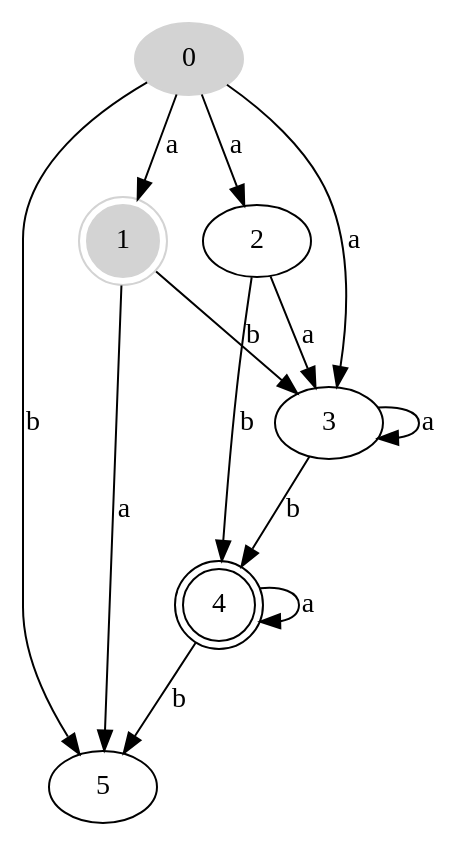
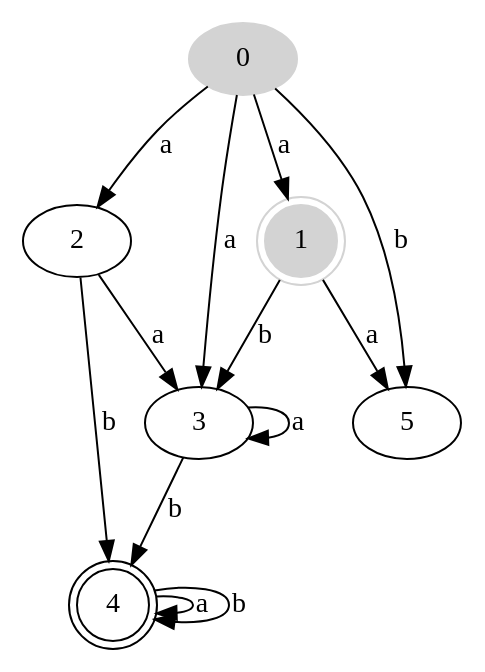
Before and after one commit to Yufei6/Automate: the diagram in build/diagramme2.dot, drawn with Graphviz. The commit also changed 6 other files, not shown here.

```diff
--- a/build/diagramme2.dot
+++ b/build/diagramme2.dot
@@ -1,30 +1,30 @@
 digraph automaton {
 size = "8.5, 11";
 fontsize = 10;
 0[ style = filled, color=lightgrey ];
 1[ style = filled, color=lightgrey ];
 1[ shape = doublecircle ];
 4[ shape = doublecircle ];
 0->1 [ label = "a" ]; 
 0->2 [ label = "a" ]; 
 0->3 [ label = "a" ]; 
 
 0->5 [ label = "b" ]; 
 
 1->5 [ label = "a" ]; 
 
 1->3 [ label = "b" ]; 
 
 2->3 [ label = "a" ]; 
 
 2->4 [ label = "b" ]; 
 
 3->3 [ label = "a" ]; 
 
 3->4 [ label = "b" ]; 
 
 4->4 [ label = "a" ]; 
 
-4->5 [ label = "b" ]; 
+4->4 [ label = "b" ]; 
 
 }
```
